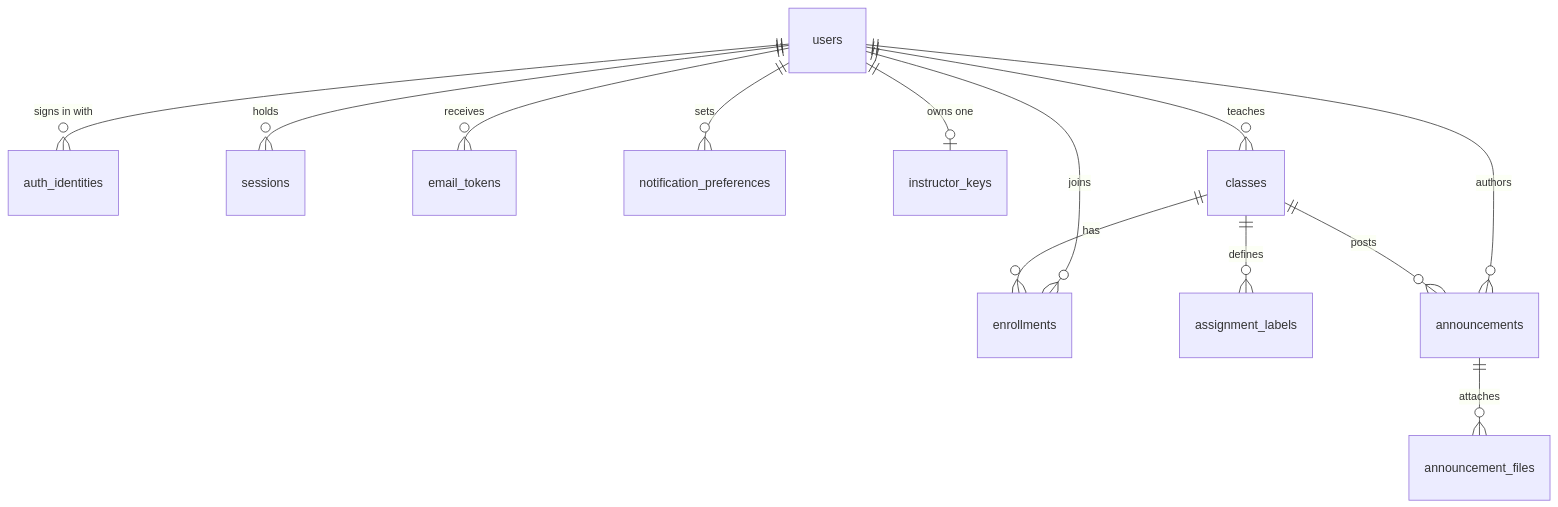
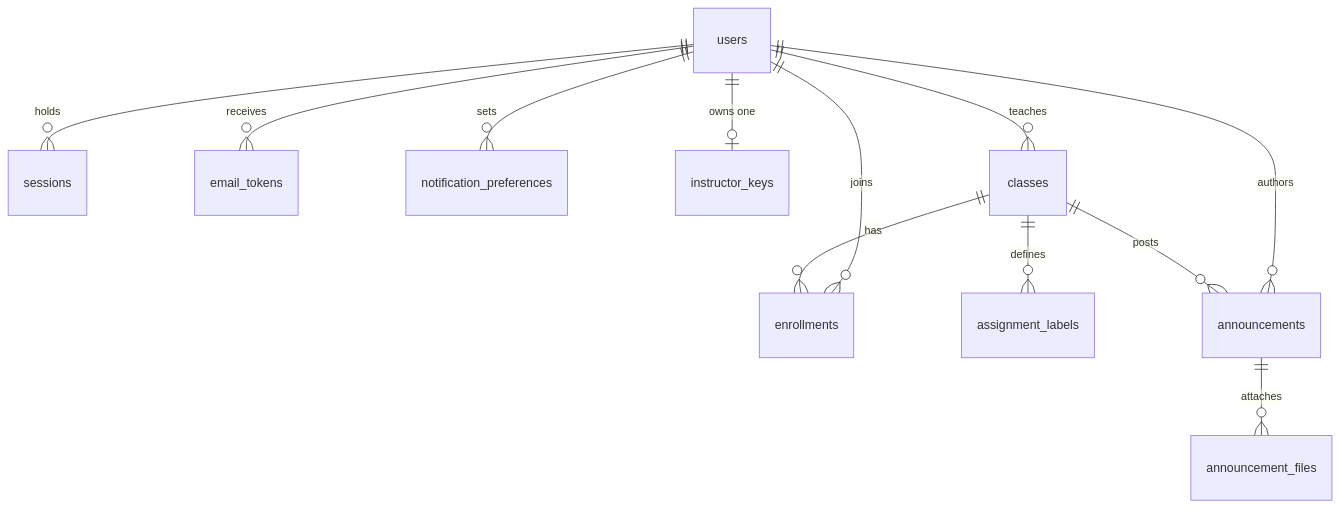
Before and after one commit to MarkCabalbag/EduGemini: the first of 3 diagrams in docs/backend-schema.md, drawn with Mermaid. The commit also changed other lines of this file and 64 other files, not shown here.

````diff
--- a/docs/backend-schema.md
+++ b/docs/backend-schema.md
@@ -48,15 +48,14 @@
 ```mermaid
 erDiagram
-  users ||--o{ auth_identities : "signs in with"
   users ||--o{ sessions : "holds"
   users ||--o{ email_tokens : "receives"
   users ||--o{ notification_preferences : "sets"
   users ||--o| instructor_keys : "owns one"
   users ||--o{ classes : "teaches"
   classes ||--o{ enrollments : "has"
   users ||--o{ enrollments : "joins"
   classes ||--o{ assignment_labels : "defines"
   classes ||--o{ announcements : "posts"
   announcements ||--o{ announcement_files : "attaches"
   users ||--o{ announcements : "authors"
 ```
````
